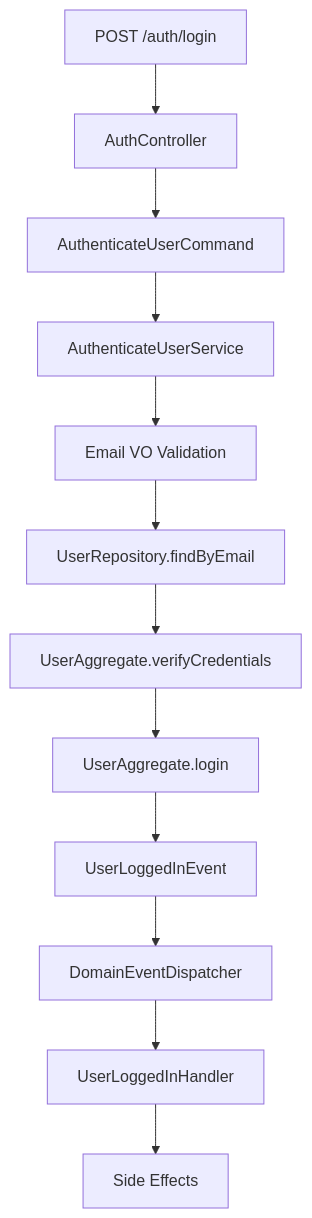
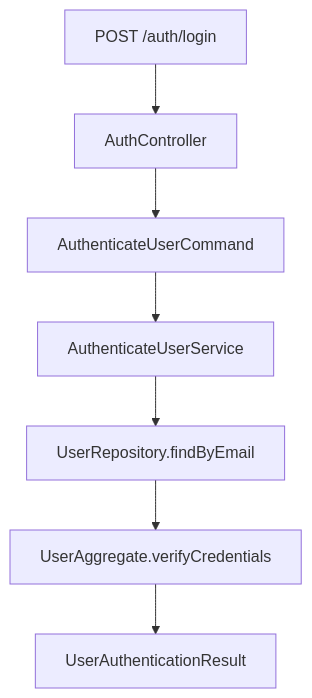
The second of 3 diagrams in README.md (CodeaBien/codeabien-ddd-demo), drawn with Mermaid before and after one commit. The commit also changed other lines of this file and 44 other files, not shown here.

````diff
--- a/README.md
+++ b/README.md
@@ -305,14 +183,9 @@
 ```mermaid
 graph TD
     A[POST /auth/login] --> B[AuthController]
     B --> C[AuthenticateUserCommand]
     C --> D[AuthenticateUserService]
-    D --> E[Email VO Validation]
-    E --> F[UserRepository.findByEmail]
-    F --> G[UserAggregate.verifyCredentials]
-    G --> H[UserAggregate.login]
-    H --> I[UserLoggedInEvent]
-    I --> J[DomainEventDispatcher]
-    J --> K[UserLoggedInHandler]
-    K --> L[Side Effects]
+    D --> E[UserRepository.findByEmail]
+    E --> F[UserAggregate.verifyCredentials]
+    F --> G[UserAuthenticationResult]
 ```
````
